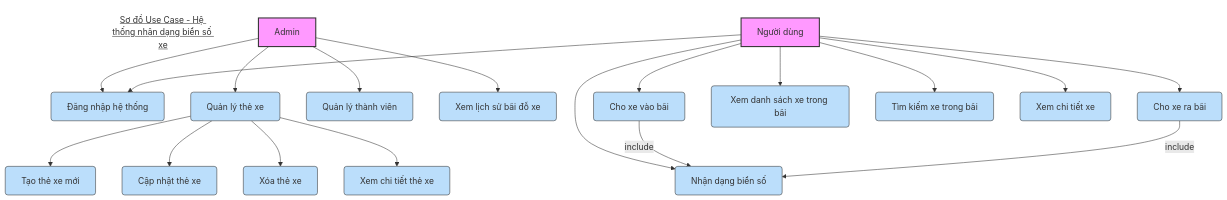
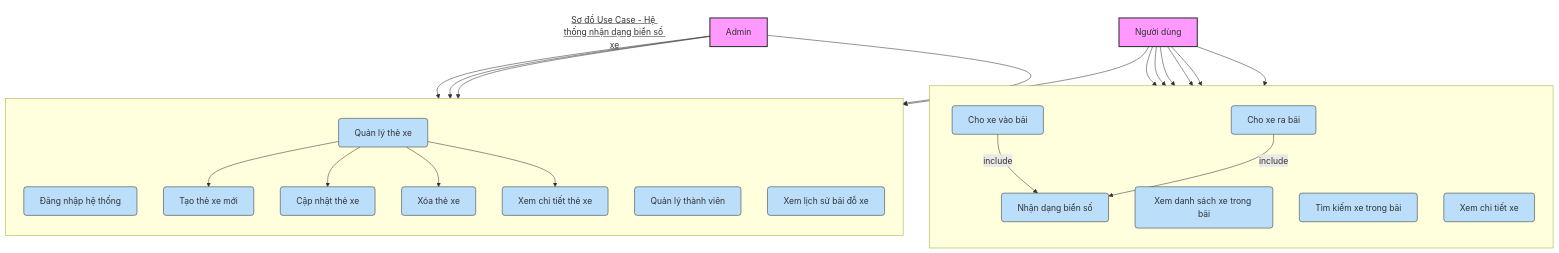
One commit to tdthanh-dev/ALPR changed the diagram in usecase_diagram.md. Above: the diagram before and after it, drawn with Mermaid.

````diff
--- a/usecase_diagram.md
+++ b/usecase_diagram.md
@@ -1,56 +1,64 @@
 ```mermaid
 graph TD
     title[<u>Sơ đồ Use Case - Hệ thống nhận dạng biển số xe</u>]
     style title fill:none,stroke:none
 
     %% Actors
-    A1[Admin] 
+    A1[Admin]
     A2[Người dùng]
-    
+
     %% Use Cases
-    UC1[Đăng nhập hệ thống]
-    UC2[Quản lý thẻ xe]
-    UC3[Quản lý thành viên]
-    UC4[Xem lịch sử bãi đỗ xe]
-    UC5[Nhận dạng biển số]
-    UC6[Cho xe vào bãi]
-    UC7[Cho xe ra bãi]
-    UC8[Xem danh sách xe trong bãi]
-    UC9[Tìm kiếm xe trong bãi]
-    UC10[Tạo thẻ xe mới]
-    UC11[Cập nhật thẻ xe]
-    UC12[Xóa thẻ xe]
-    UC13[Xem chi tiết thẻ xe]
-    UC14[Xem chi tiết xe]
-    
+    subgraph UC_Admin [ ]
+        direction TB
+        UC1[Đăng nhập hệ thống]
+        UC2[Quản lý thẻ xe]
+        UC10[Tạo thẻ xe mới]
+        UC11[Cập nhật thẻ xe]
+        UC12[Xóa thẻ xe]
+        UC13[Xem chi tiết thẻ xe]
+        UC3[Quản lý thành viên]
+        UC4[Xem lịch sử bãi đỗ xe]
+    end
+
+    subgraph UC_User [ ]
+        direction TB
+        UC5[Nhận dạng biển số]
+        UC6[Cho xe vào bãi]
+        UC7[Cho xe ra bãi]
+        UC8[Xem danh sách xe trong bãi]
+        UC9[Tìm kiếm xe trong bãi]
+        UC14[Xem chi tiết xe]
+    end
+
     %% Relationships
     A1 --> UC1
     A2 --> UC1
-    
+
     A1 --> UC2
     A1 --> UC3
     A1 --> UC4
-    
+
+    UC2 --> UC10
+    UC2 --> UC11
+    UC2 --> UC12
+    UC2 --> UC13
+
     A2 --> UC5
     A2 --> UC6
     A2 --> UC7
     A2 --> UC8
     A2 --> UC9
     A2 --> UC14
-    
-    UC2 --> UC10
-    UC2 --> UC11
-    UC2 --> UC12
-    UC2 --> UC13
-    
+
     %% Use case includes
     UC6 -->|include| UC5
     UC7 -->|include| UC5
-    
-    %% Add layout hints
+
+    %% Style
     classDef actor fill:#f9f,stroke:#333,stroke-width:2px;
     class A1,A2 actor;
-    
+
     classDef usecase fill:#bbdefb,stroke:#333,stroke-width:1px,rx:5px,ry:5px;
     class UC1,UC2,UC3,UC4,UC5,UC6,UC7,UC8,UC9,UC10,UC11,UC12,UC13,UC14 usecase;
+
 ``` 
````
